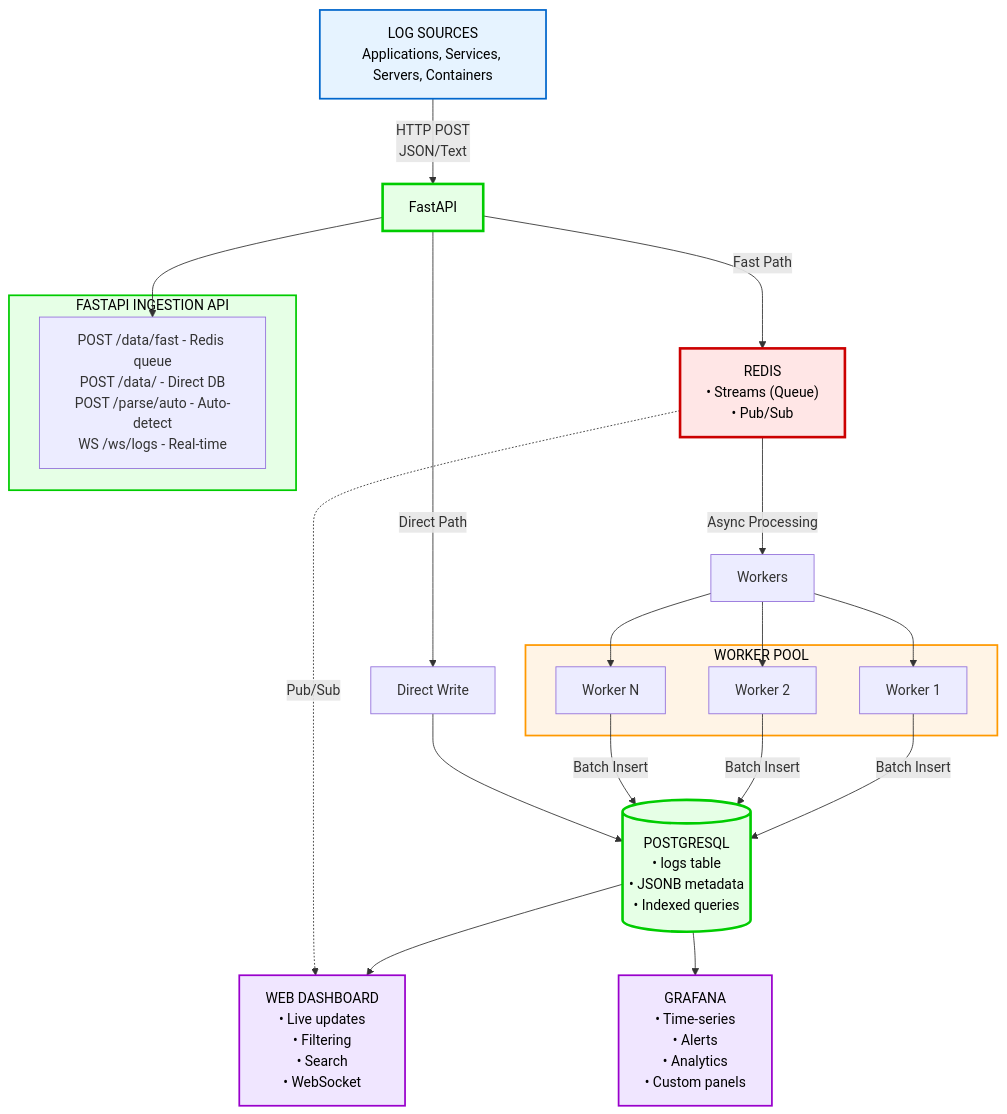
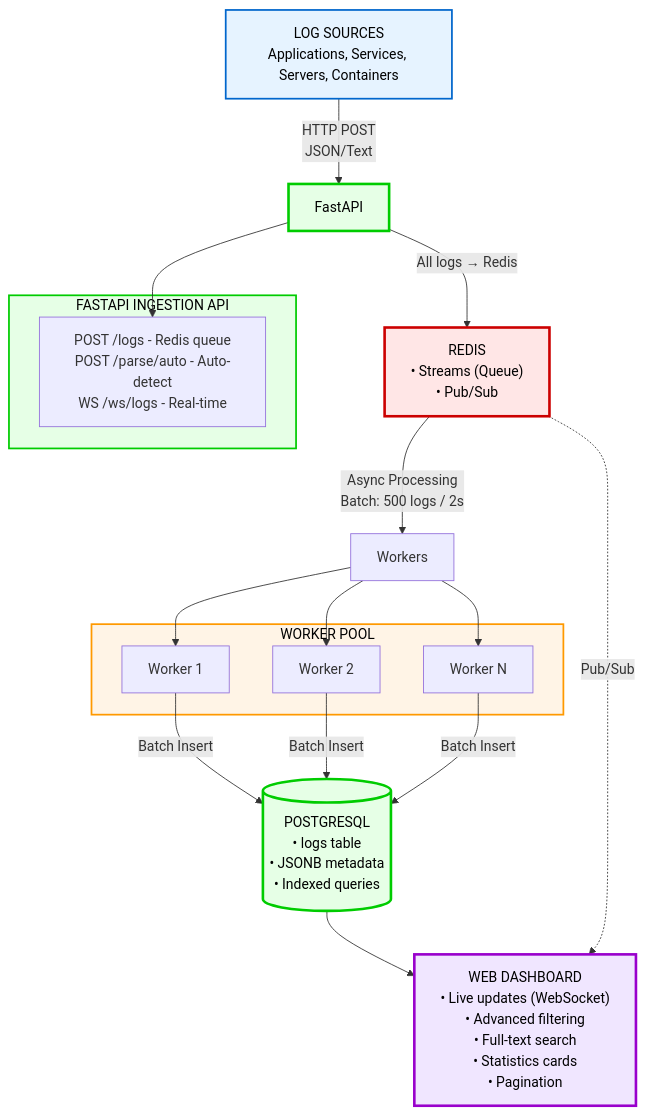
Before and after one commit to Romanabramovich/logs-and-found: the diagram in README.md, drawn with Mermaid. The commit also changed other lines of this file and 15 other files, not shown here.

Commit message:
Prioritized Redis message queue in api log POSTS

````diff
--- a/README.md
+++ b/README.md
@@ -150,55 +150,48 @@
 ```mermaid
 graph TB
     Sources["LOG SOURCES<br/>Applications, Services, Servers, Containers"]
 
     Sources -->|HTTP POST<br/>JSON/Text| API
 
     subgraph FastAPI["FASTAPI INGESTION API"]
-        Endpoints["POST /data/fast - Redis queue<br/>POST /data/ - Direct DB<br/>POST /parse/auto - Auto-detect<br/>WS /ws/logs - Real-time"]
+        Endpoints["POST /logs - Redis queue<br/>POST /parse/auto - Auto-detect<br/>WS /ws/logs - Real-time"]
     end
 
     API[FastAPI] --> Endpoints
 
-    API -->|Fast Path| Redis
-    API -->|Direct Path| PostgresDB
+    API -->|All logs → Redis| Redis
 
     Redis["REDIS<br/>• Streams (Queue)<br/>• Pub/Sub"]
 
-    Redis -->|Async Processing| Workers
+    Redis -->|Async Processing<br/>Batch: 500 logs / 2s| Workers
 
     subgraph WorkerPool["WORKER POOL"]
         W1[Worker 1]
         W2[Worker 2]
         W3[Worker N]
     end
 
     Workers[Workers] --> W1
     Workers --> W2
     Workers --> W3
 
     W1 -->|Batch Insert| DB
     W2 -->|Batch Insert| DB
     W3 -->|Batch Insert| DB
 
-    PostgresDB[Direct Write] --> DB
-
     DB[("POSTGRESQL<br/>• logs table<br/>• JSONB metadata<br/>• Indexed queries")]
 
     DB --> Dashboard
-    DB --> Grafana
 
     Redis -.->|Pub/Sub| Dashboard
 
-    Dashboard["WEB DASHBOARD<br/>• Live updates<br/>• Filtering<br/>• Search<br/>• WebSocket"]
-
-    Grafana["GRAFANA<br/>• Time-series<br/>• Alerts<br/>• Analytics<br/>• Custom panels"]
+    Dashboard["WEB DASHBOARD<br/>• Live updates (WebSocket)<br/>• Advanced filtering<br/>• Full-text search<br/>• Statistics cards<br/>• Pagination"]
 
     style Sources fill:#e6f3ff,stroke:#0066cc,stroke-width:2px,color:#000000
     style API fill:#e6ffe6,stroke:#00cc00,stroke-width:3px,color:#000000
     style FastAPI fill:#e6ffe6,stroke:#00cc00,stroke-width:2px,color:#000000
     style Redis fill:#ffe6e6,stroke:#cc0000,stroke-width:3px,color:#000000
     style WorkerPool fill:#fff4e6,stroke:#ff9900,stroke-width:2px,color:#000000
     style DB fill:#e6ffe6,stroke:#00cc00,stroke-width:3px,color:#000000
-    style Dashboard fill:#f0e6ff,stroke:#9900cc,stroke-width:2px,color:#000000
-    style Grafana fill:#f0e6ff,stroke:#9900cc,stroke-width:2px,color:#000000
+    style Dashboard fill:#f0e6ff,stroke:#9900cc,stroke-width:3px,color:#000000
 ```
````
